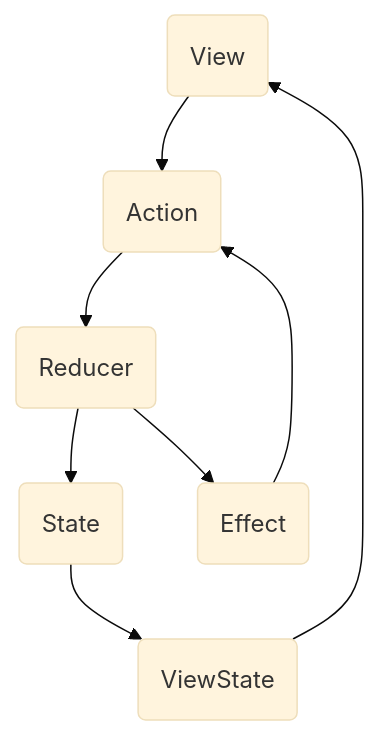
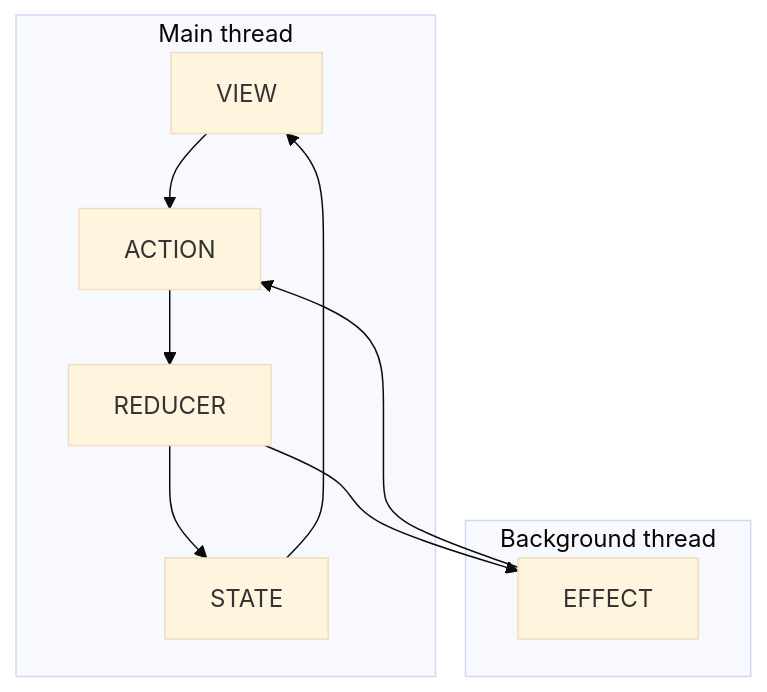
The fourth of 6 diagrams in README.md (stephtelolahy/WildWestOnline), drawn with Mermaid (base theme) before and after one commit. The commit also changed other lines of this file and 35 other files, not shown here.

````diff
--- a/README.md
+++ b/README.md
@@ -108,10 +90,13 @@
 ```mermaid
 graph TD;
-    VIEW(View) --> ACTION(Action);
-    ACTION --> REDUCER(Reducer);
-    REDUCER --> STATE(State);
-    STATE --> VIEWSTATE(ViewState);
-    REDUCER --> EFFECT(Effect);
-    EFFECT --> ACTION;
-    VIEWSTATE --> VIEW;
+  subgraph Main thread
+    VIEW --> ACTION
+    ACTION --> REDUCER
+    REDUCER --> STATE
+    STATE --> VIEW
+  end
+  subgraph Background thread
+    REDUCER --> EFFECT
+    EFFECT --> ACTION
+  end
 ```
````
